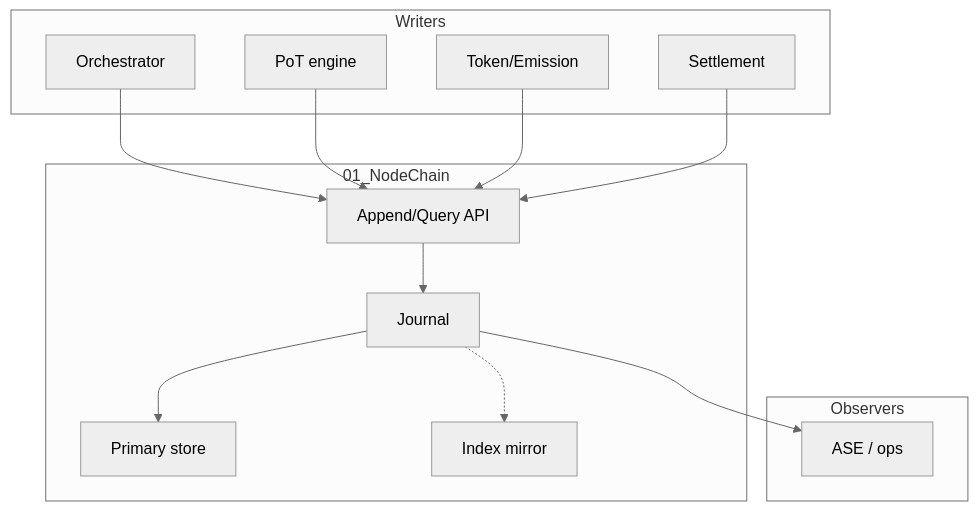
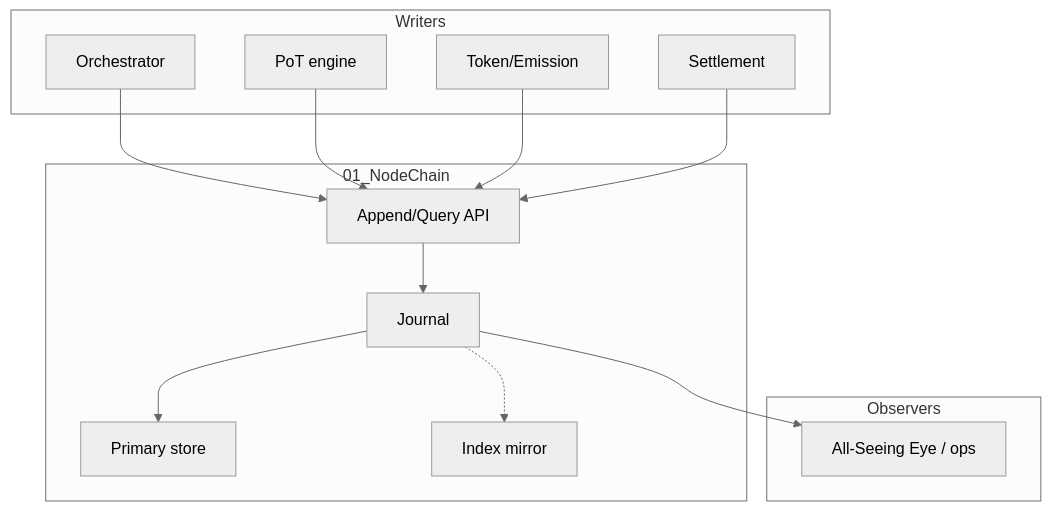
One commit to Aros-Technology-Studio/Aros-Studio-Tokenomics changed the diagram in docs/layers/01_NodeChain/diagrams/component-map.md. Above: the diagram before and after it, drawn with Mermaid (neutral theme). The commit also changed 57 other files, not shown here.

First line of the commit message:
Rename product naming to All-Seeing Eye everywhere.

````diff
--- a/docs/layers/01_NodeChain/diagrams/component-map.md
+++ b/docs/layers/01_NodeChain/diagrams/component-map.md
@@ -3,25 +3,25 @@
 ```mermaid
 flowchart TB
   subgraph writers [Writers]
     ORCH[Orchestrator]
     POT[PoT engine]
     TOK[Token/Emission]
     SET[Settlement]
   end
   subgraph nc [01_NodeChain]
     API[Append/Query API]
     J[Journal]
     ST[Primary store]
     IDX[Index mirror]
   end
   subgraph observers [Observers]
-    ASE[ASE / ops]
+    AllSeeingEye[All-Seeing Eye / ops]
   end
   ORCH --> API
   POT --> API
   TOK --> API
   SET --> API
   API --> J --> ST
   J -.-> IDX
-  J --> ASE
+  J --> AllSeeingEye
 ```
````
